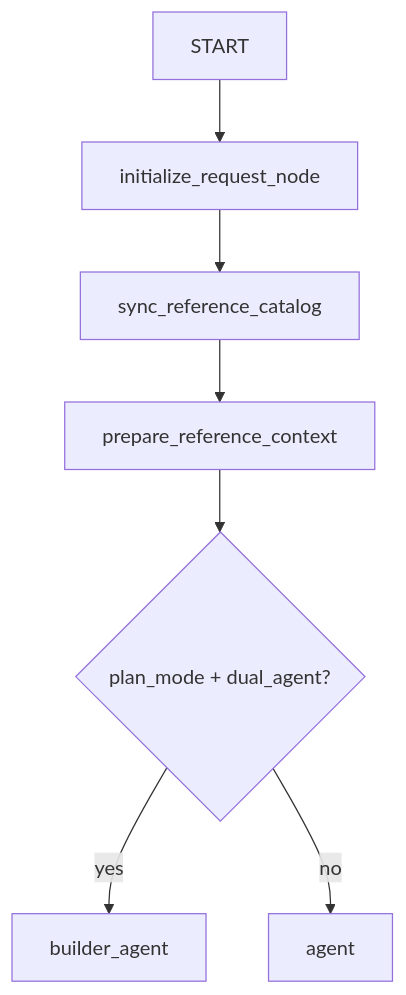
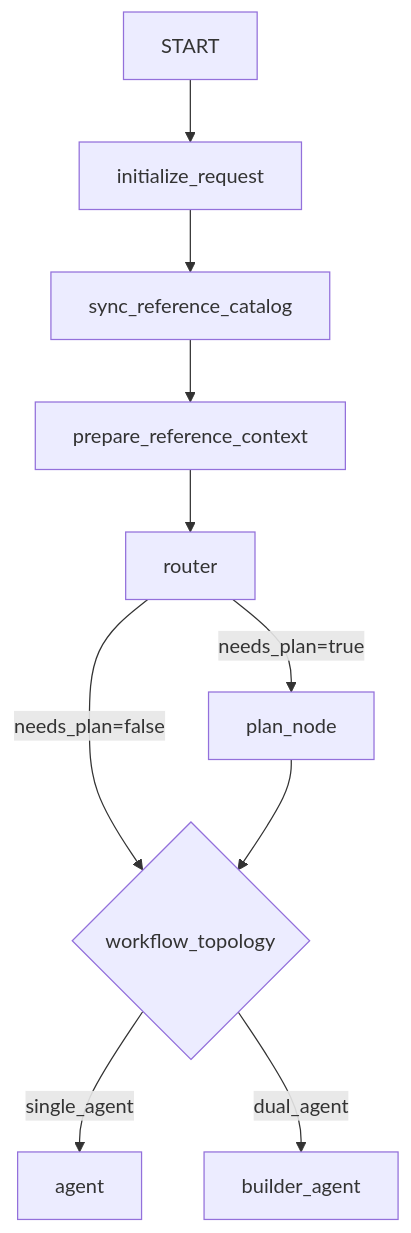
The second of 4 diagrams in docs/architecture/current-agent-workflow.md (3DSceneAgent/Vibe3DScene), drawn with Mermaid before and after one commit. The commit also changed other lines of this file and 39 other files, not shown here.

Commit message:
feat: refactor agent workflow around router and evaluator

````diff
--- a/docs/architecture/current-agent-workflow.md
+++ b/docs/architecture/current-agent-workflow.md
@@ -65,9 +60,12 @@
 ```mermaid
 flowchart TD
-    A["START"] --> B["initialize_request_node"]
+    A["START"] --> B["initialize_request"]
     B --> C["sync_reference_catalog"]
     C --> D["prepare_reference_context"]
-    D --> E{"plan_mode + dual_agent?"}
-    E -->|yes| F["builder_agent"]
-    E -->|no| G["agent"]
+    D --> E["router"]
+    E -->|needs_plan=true| F["plan_node"]
+    E -->|needs_plan=false| G{"workflow_topology"}
+    F --> G
+    G -->|single_agent| H["agent"]
+    G -->|dual_agent| I["builder_agent"]
 ```
````
